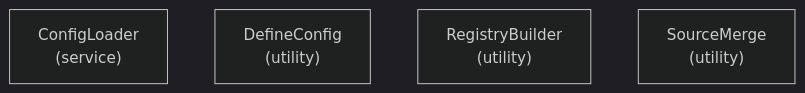
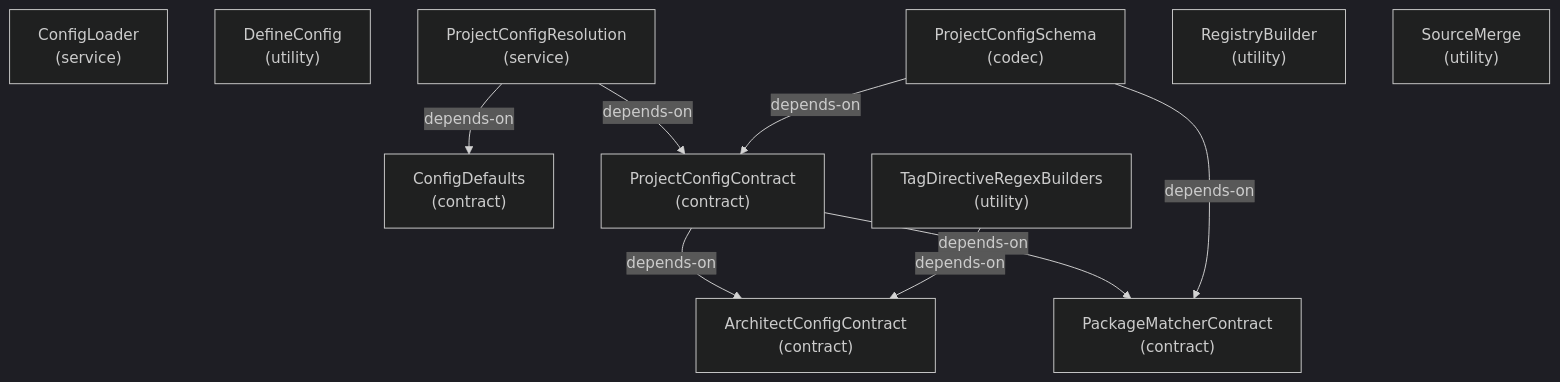
Before and after one commit to libar-dev/architect: the fifth of 24 diagrams in docs-live/ARCHITECTURE.md, drawn with Mermaid (dark theme). The commit also changed other lines of this file and 21 other files, not shown here.

First line of the commit message:
docs(live): regenerate docs-live from the reshaped graph

````diff
--- a/docs-live/ARCHITECTURE.md
+++ b/docs-live/ARCHITECTURE.md
@@ -124,7 +183,21 @@
 ```mermaid
 graph TD
+  architectconfigcontract["ArchitectConfigContract<br/>(contract)"]
+  configdefaults["ConfigDefaults<br/>(contract)"]
   configloader["ConfigLoader<br/>(service)"]
   defineconfig["DefineConfig<br/>(utility)"]
+  packagematchercontract["PackageMatcherContract<br/>(contract)"]
+  projectconfigcontract["ProjectConfigContract<br/>(contract)"]
+  projectconfigresolution["ProjectConfigResolution<br/>(service)"]
+  projectconfigschema["ProjectConfigSchema<br/>(codec)"]
   registrybuilder["RegistryBuilder<br/>(utility)"]
   sourcemerge["SourceMerge<br/>(utility)"]
+  tagdirectiveregexbuilders["TagDirectiveRegexBuilders<br/>(utility)"]
+  projectconfigcontract -->|depends-on| architectconfigcontract
+  projectconfigcontract -->|depends-on| packagematchercontract
+  projectconfigresolution -->|depends-on| configdefaults
+  projectconfigresolution -->|depends-on| projectconfigcontract
+  projectconfigschema -->|depends-on| packagematchercontract
+  projectconfigschema -->|depends-on| projectconfigcontract
+  tagdirectiveregexbuilders -->|depends-on| architectconfigcontract
 ```
````
